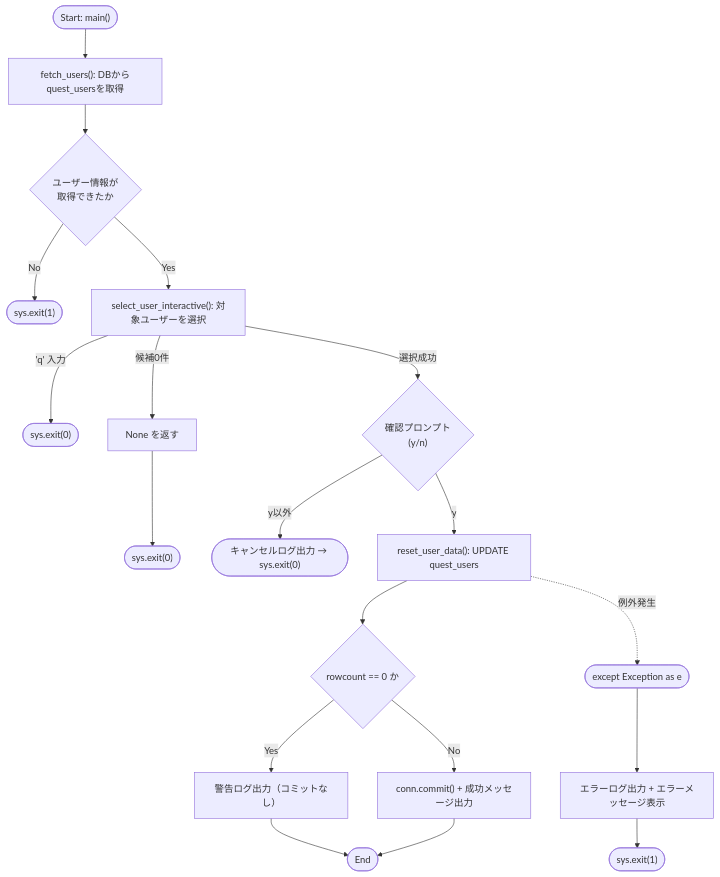
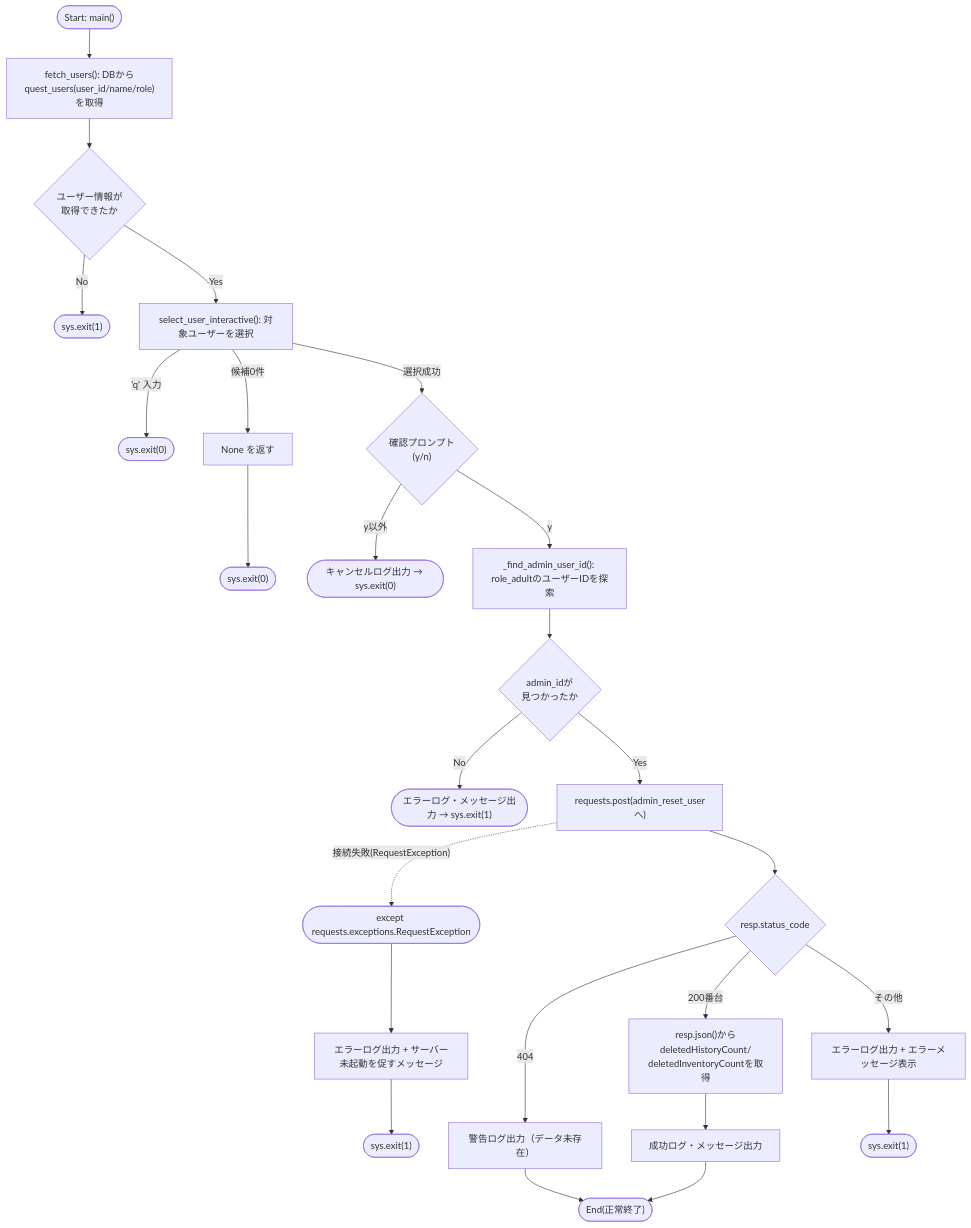
Before and after one commit to mmtigers/my_python_project: the first of 2 diagrams in docs/specifications/MY_HOME_SYSTEM/reset_game.md, drawn with Mermaid. The commit also changed other lines of this file, not shown here.

First line of the commit message:
docs: reset_game.mdをIssue #547のAPI化に追従させる

````diff
--- a/docs/specifications/MY_HOME_SYSTEM/reset_game.md
+++ b/docs/specifications/MY_HOME_SYSTEM/reset_game.md
@@ -213,22 +243,28 @@
 ```mermaid
 flowchart TD
-    Start(["Start: main()"]) --> FetchUsers["fetch_users(): DBからquest_usersを取得"]
+    Start(["Start: main()"]) --> FetchUsers["fetch_users(): DBからquest_users(user_id/name/role)を取得"]
     FetchUsers --> CheckUsers{"ユーザー情報が\n取得できたか"}
     CheckUsers -- No --> ExitErr1(["sys.exit(1)"])
     CheckUsers -- Yes --> SelectUser["select_user_interactive(): 対象ユーザーを選択"]
 
     SelectUser -- "'q' 入力" --> ExitOk1(["sys.exit(0)"])
     SelectUser -- 候補0件 --> ReturnNone["None を返す"]
     ReturnNone --> ExitOk2(["sys.exit(0)"])
 
     SelectUser -- 選択成功 --> Confirm{"確認プロンプト\n(y/n)"}
     Confirm -- "y以外" --> ExitOk3(["キャンセルログ出力 → sys.exit(0)"])
-    Confirm -- "y" --> ResetData["reset_user_data(): UPDATE quest_users"]
+    Confirm -- "y" --> FindAdmin["_find_admin_user_id(): role_adultのユーザーIDを探索"]
 
-    ResetData --> CheckRowcount{"rowcount == 0 か"}
-    CheckRowcount -- Yes --> WarnLog["警告ログ出力（コミットなし）"] --> End(["End"])
-    CheckRowcount -- No --> Commit["conn.commit() + 成功メッセージ出力"] --> End
+    FindAdmin --> CheckAdmin{"admin_idが\n見つかったか"}
+    CheckAdmin -- No --> ExitErr2(["エラーログ・メッセージ出力 → sys.exit(1)"])
+    CheckAdmin -- Yes --> PostApi["requests.post(admin_reset_userへ)"]
 
-    ResetData -. 例外発生 .-> CatchErr(["except Exception as e"])
-    CatchErr --> ErrLog["エラーログ出力 + エラーメッセージ表示"] --> ExitErr2(["sys.exit(1)"])
+    PostApi -. 接続失敗(RequestException) .-> CatchConn(["except requests.exceptions.RequestException"])
+    CatchConn --> ConnErrLog["エラーログ出力 + サーバー未起動を促すメッセージ"] --> ExitErr3(["sys.exit(1)"])
+
+    PostApi --> CheckStatus{"resp.status_code"}
+    CheckStatus -- "404" --> WarnLog["警告ログ出力（データ未存在）"] --> End(["End(正常終了)"])
+    CheckStatus -- "200番台" --> ParseBody["resp.json()からdeletedHistoryCount/\ndeletedInventoryCountを取得"]
+    ParseBody --> SuccessLog["成功ログ・メッセージ出力"] --> End
+    CheckStatus -- "その他" --> ErrLog["エラーログ出力 + エラーメッセージ表示"] --> ExitErr4(["sys.exit(1)"])
 ```
````
